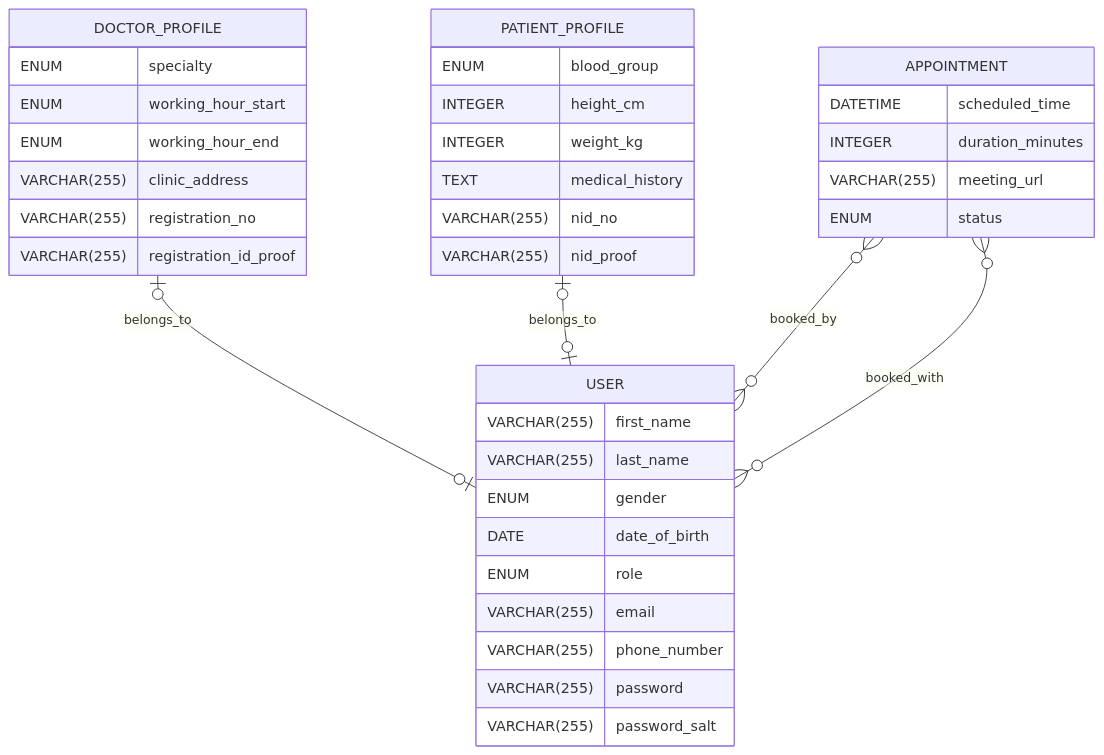
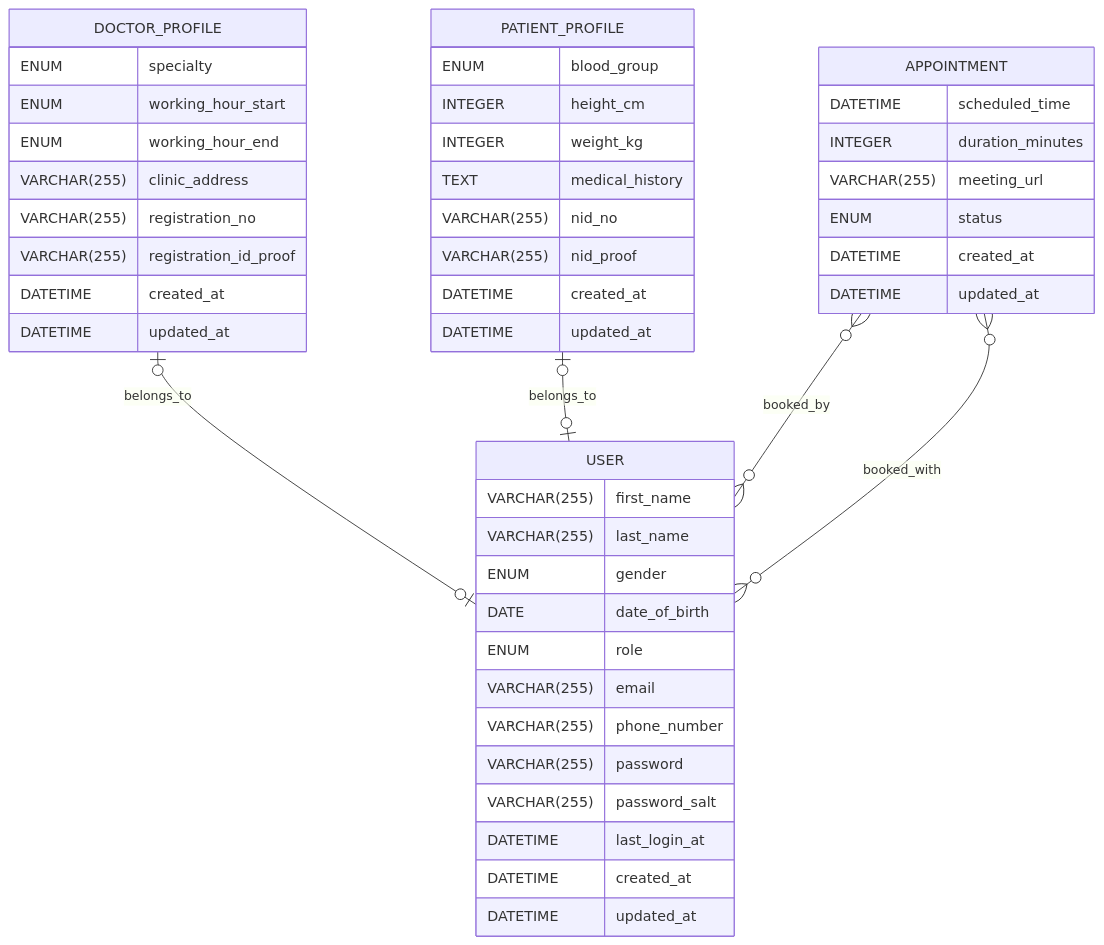
One commit to was-wtag/medical-appointment-scheduler changed the diagram in docs/er_diagram.md. Above: the diagram before and after it, drawn with Mermaid. The commit also changed 1 other file, not shown here.

Commit message:
Update er diagram

````diff
--- a/docs/er_diagram.md
+++ b/docs/er_diagram.md
@@ -1,44 +1,53 @@
 ```mermaid
 erDiagram
     USER {
         VARCHAR(255) first_name
         VARCHAR(255) last_name
         ENUM gender
         DATE date_of_birth
         ENUM role
         VARCHAR(255) email
         VARCHAR(255) phone_number
         VARCHAR(255) password
         VARCHAR(255) password_salt
+        DATETIME last_login_at
+        DATETIME created_at
+        DATETIME updated_at
     }
     
     DOCTOR_PROFILE {
         ENUM specialty
         ENUM working_hour_start
         ENUM working_hour_end
         VARCHAR(255) clinic_address
         VARCHAR(255) registration_no
         VARCHAR(255) registration_id_proof
+        DATETIME created_at
+        DATETIME updated_at
     }
     
     PATIENT_PROFILE {
         ENUM blood_group
         INTEGER height_cm
         INTEGER weight_kg
         TEXT medical_history
         VARCHAR(255) nid_no
         VARCHAR(255) nid_proof
+        DATETIME created_at
+        DATETIME updated_at
     }
     
     APPOINTMENT {
         DATETIME scheduled_time
         INTEGER duration_minutes
         VARCHAR(255) meeting_url
         ENUM status
+        DATETIME created_at
+        DATETIME updated_at
     }
     
     DOCTOR_PROFILE |o--o| USER : "belongs_to"
     PATIENT_PROFILE |o--o| USER : "belongs_to"
     APPOINTMENT }o--o{ USER : "booked_by"
     APPOINTMENT }o--o{ USER : "booked_with"
 ```
````
